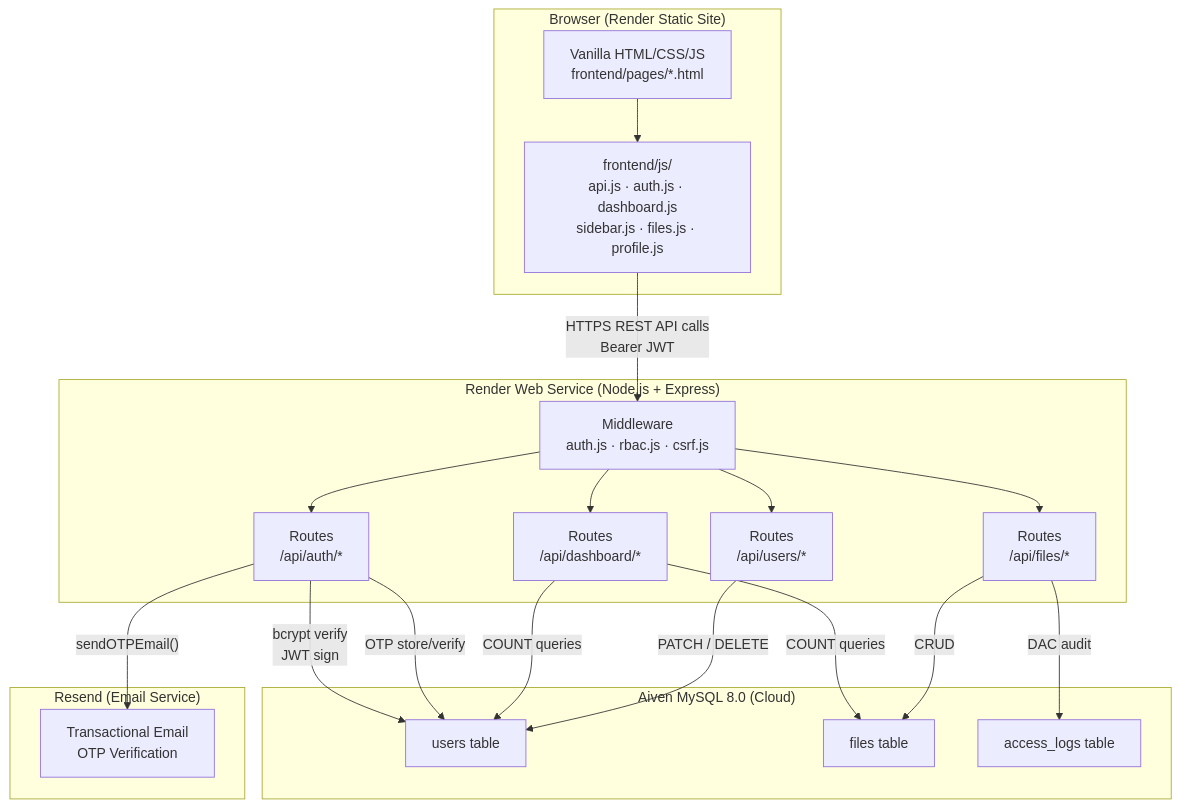
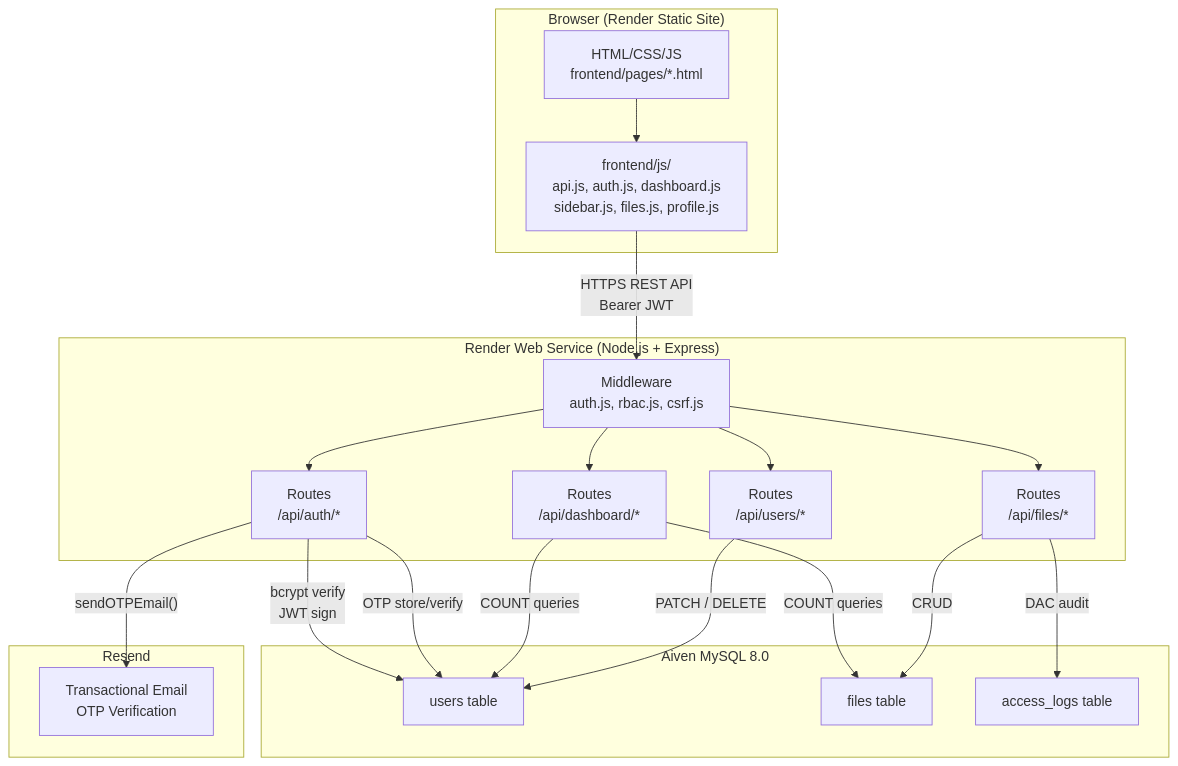
Before and after one commit to mikaelleon/BakeSync-Authentication: the first of 4 diagrams in docs/ARCHITECTURE.md, drawn with Mermaid. The commit also changed other lines of this file and 1599 other files, not shown here.

````diff
--- a/docs/ARCHITECTURE.md
+++ b/docs/ARCHITECTURE.md
@@ -17,40 +16,40 @@
 ```mermaid
 graph TB
   subgraph Client["Browser (Render Static Site)"]
-    FE["Vanilla HTML/CSS/JS<br/>frontend/pages/*.html"]
-    JS["frontend/js/<br/>api.js · auth.js · dashboard.js<br/>sidebar.js · files.js · profile.js"]
+    FE["HTML/CSS/JS<br/>frontend/pages/*.html"]
+    JS["frontend/js/<br/>api.js, auth.js, dashboard.js<br/>sidebar.js, files.js, profile.js"]
   end
 
   subgraph Backend["Render Web Service (Node.js + Express)"]
-    MW["Middleware<br/>auth.js · rbac.js · csrf.js"]
+    MW["Middleware<br/>auth.js, rbac.js, csrf.js"]
     AUTH["Routes<br/>/api/auth/*"]
     DASH["Routes<br/>/api/dashboard/*"]
     FILES["Routes<br/>/api/files/*"]
     USERS["Routes<br/>/api/users/*"]
   end
 
-  subgraph DB["Aiven MySQL 8.0 (Cloud)"]
+  subgraph DB["Aiven MySQL 8.0"]
     USERS_T["users table"]
     FILES_T["files table"]
     LOGS_T["access_logs table"]
   end
 
-  subgraph Email["Resend (Email Service)"]
+  subgraph Email["Resend"]
     SMTP["Transactional Email<br/>OTP Verification"]
   end
 
   FE --> JS
-  JS -->|"HTTPS REST API calls<br/>Bearer JWT"| MW
+  JS -->|"HTTPS REST API<br/>Bearer JWT"| MW
   MW --> AUTH
   MW --> DASH
   MW --> FILES
   MW --> USERS
   AUTH -->|"bcrypt verify<br/>JWT sign"| USERS_T
   AUTH -->|"OTP store/verify"| USERS_T
   AUTH -->|"sendOTPEmail()"| SMTP
   DASH -->|"COUNT queries"| USERS_T
   DASH -->|"COUNT queries"| FILES_T
   FILES -->|"CRUD"| FILES_T
   FILES -->|"DAC audit"| LOGS_T
   USERS -->|"PATCH / DELETE"| USERS_T
 ```
````
